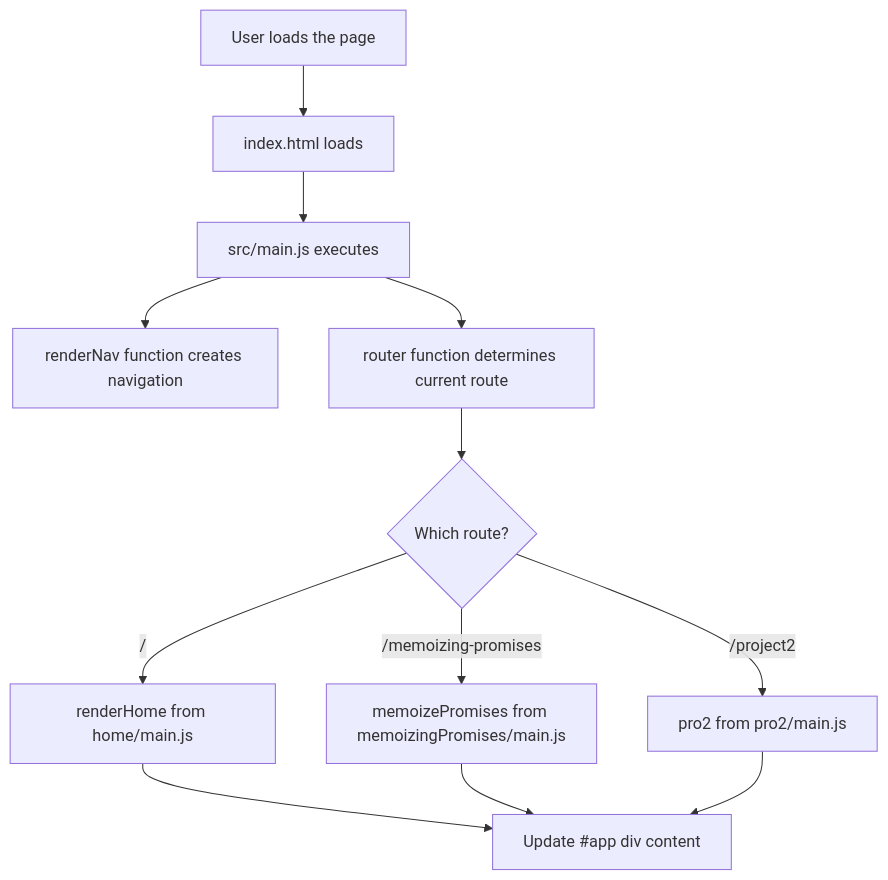
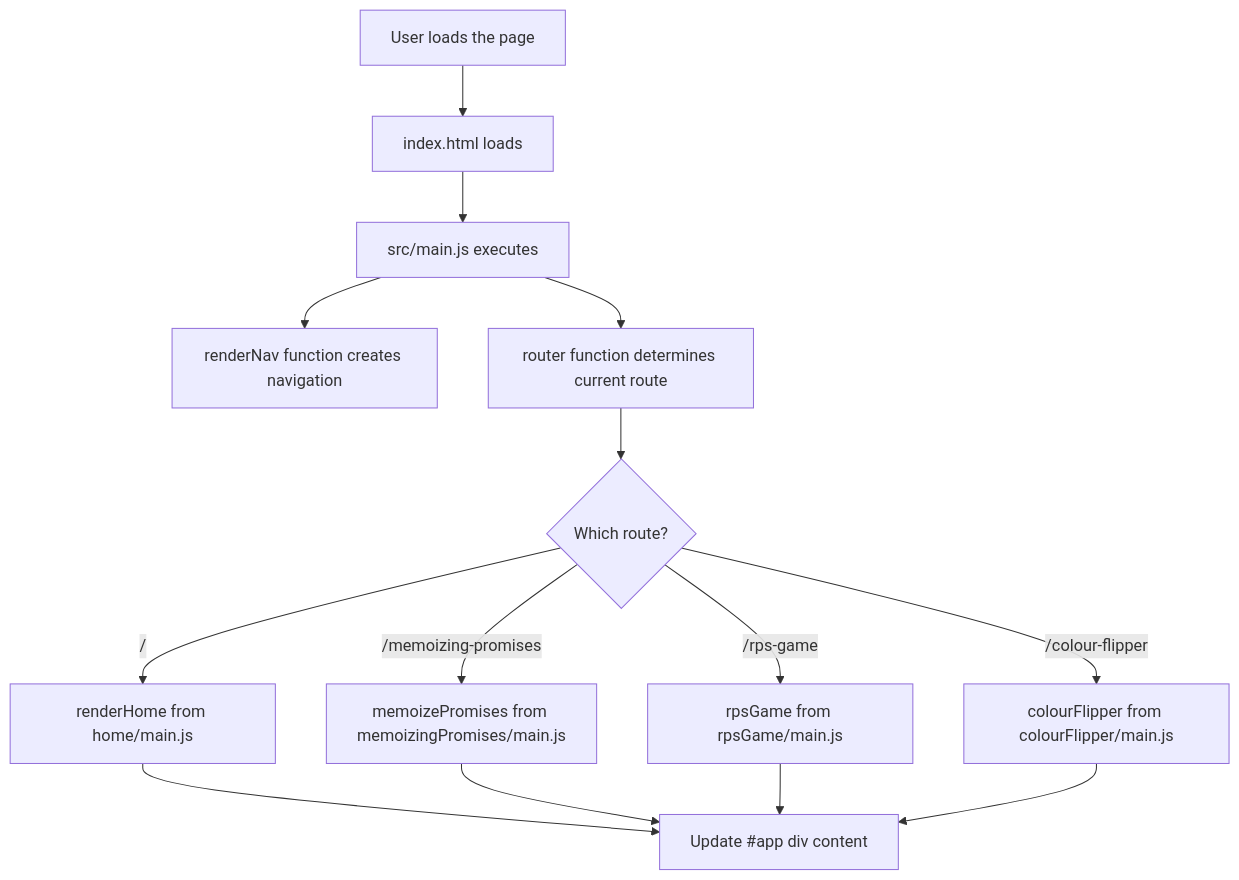
One commit to bhatiakash67/VanillaJS-Projects changed the diagram in projects/README.MD. Above: the diagram before and after it, drawn with Mermaid. The commit also changed 14 other files, not shown here.

````diff
--- a/projects/README.MD
+++ b/projects/README.MD
@@ -5,14 +5,16 @@
 ```mermaid
 graph TD;
     A[User loads the page] --> B[index.html loads]
     B --> C[src/main.js executes]
     C --> D[renderNav function creates navigation]
     C --> E[router function determines current route]
     E --> F{Which route?}
     F -->|"/"| G[renderHome from home/main.js]
     F -->|"/memoizing-promises"| H[memoizePromises from memoizingPromises/main.js]
-    F -->|"/project2"| I[pro2 from pro2/main.js]
-    G --> J[Update #app div content]
-    H --> J
-    I --> J
+    F -->|"/rps-game"| I[rpsGame from rpsGame/main.js]
+    F -->|"/colour-flipper"| J[colourFlipper from colourFlipper/main.js]
+    G --> K[Update #app div content]
+    H --> K
+    I --> K
+    J --> K
 ```
````
